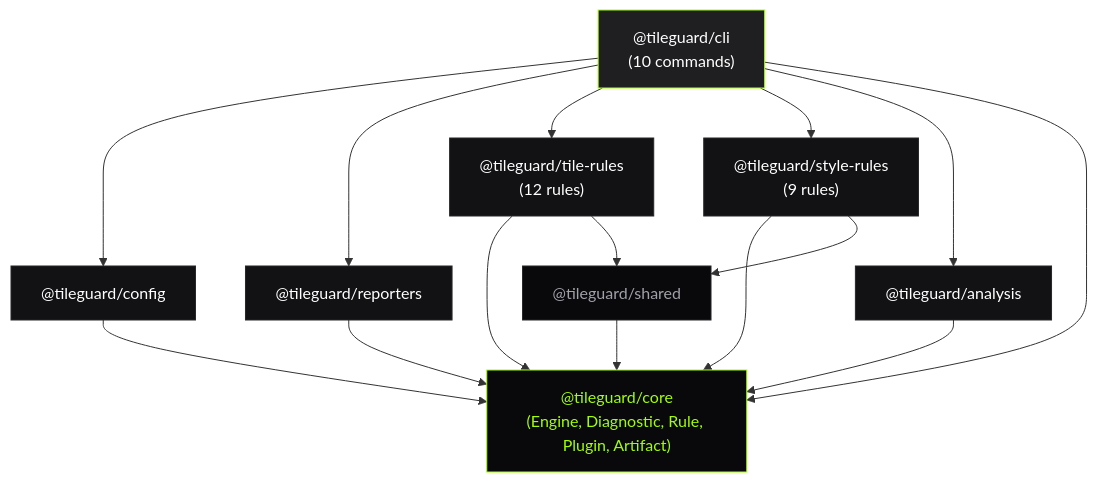
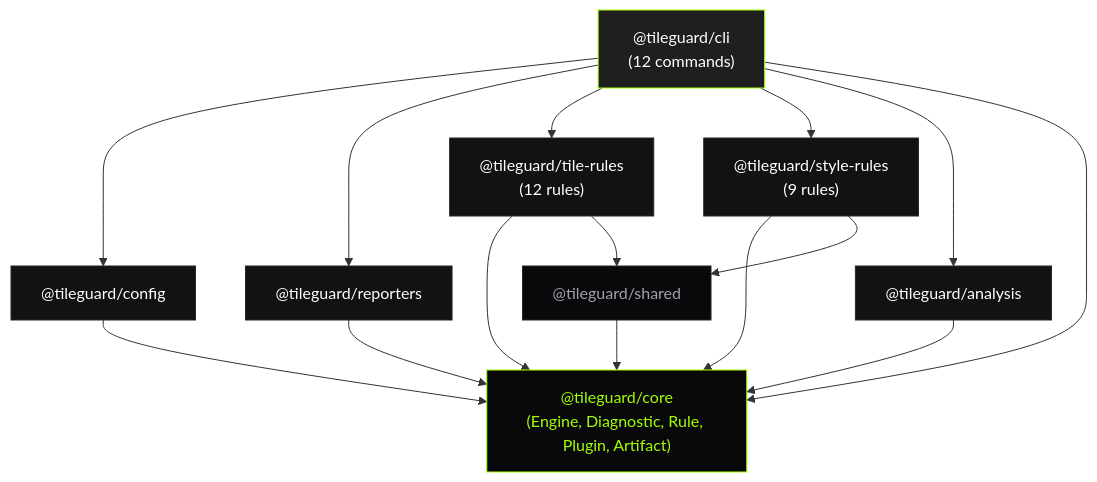
The diagram in docs-site/architecture/overview.md (shreeharshshinde/tileguard), drawn with Mermaid before and after one commit.

Commit message:
docs(architecture): update command count in system overview diagram

````diff
--- a/docs-site/architecture/overview.md
+++ b/docs-site/architecture/overview.md
@@ -29,35 +29,35 @@
 ```mermaid
 graph TD
-    CLI["@tileguard/cli<br/>(10 commands)"]
+    CLI["@tileguard/cli<br/>(12 commands)"]
     CONFIG["@tileguard/config"]
     REPORTERS["@tileguard/reporters"]
     TILE["@tileguard/tile-rules<br/>(12 rules)"]
     STYLE["@tileguard/style-rules<br/>(9 rules)"]
     ANALYSIS["@tileguard/analysis"]
     CORE["@tileguard/core<br/>(Engine, Diagnostic, Rule, Plugin, Artifact)"]
     SHARED["@tileguard/shared"]
 
     CLI --> CONFIG
     CLI --> REPORTERS
     CLI --> TILE
     CLI --> STYLE
     CLI --> ANALYSIS
     CLI --> CORE
     CONFIG --> CORE
     REPORTERS --> CORE
     TILE --> CORE
     TILE --> SHARED
     STYLE --> CORE
     STYLE --> SHARED
     ANALYSIS --> CORE
     SHARED --> CORE
 
     style CLI fill:#1f1f22,stroke:#a3ff00,color:#fff
     style CORE fill:#09090b,stroke:#a3ff00,color:#a3ff00
     style SHARED fill:#09090b,stroke:#27272a,color:#a1a1aa
     style CONFIG fill:#121214,stroke:#27272a,color:#fff
     style REPORTERS fill:#121214,stroke:#27272a,color:#fff
     style TILE fill:#121214,stroke:#27272a,color:#fff
     style STYLE fill:#121214,stroke:#27272a,color:#fff
     style ANALYSIS fill:#121214,stroke:#27272a,color:#fff
 ```
````
